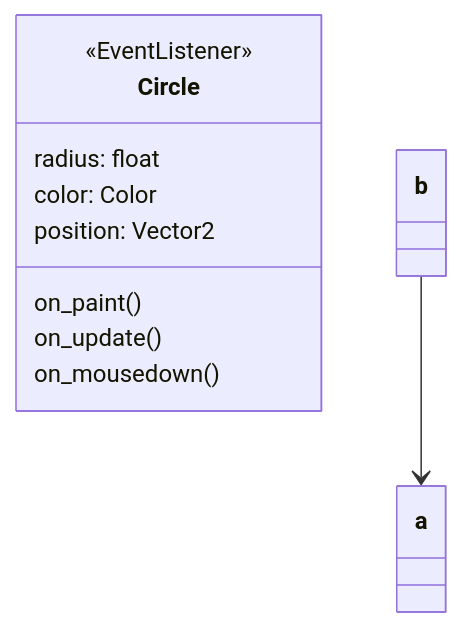
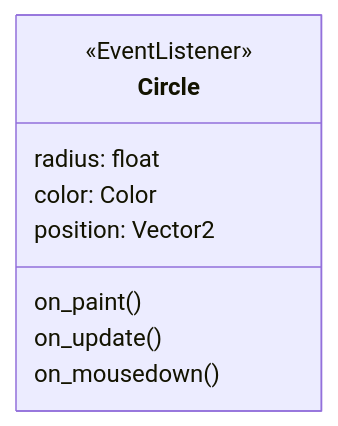
The first of 2 diagrams in clicker-game-new/game state.md (tank-king/katagames-docs), drawn with Mermaid before and after one commit. The commit also changed other lines of this file, not shown here.

````diff
--- a/clicker-game-new/game state.md
+++ b/clicker-game-new/game state.md
@@ -86,18 +86,16 @@
 ```mermaid
 classDiagram
 Circle
 
 class Circle{
 <<EventListener>>
 radius: float
 color: Color
 position: Vector2
 
 on_paint()
 on_update()
 on_mousedown()
     }
 
-flowchart LR
-b --> a
 ```
````
